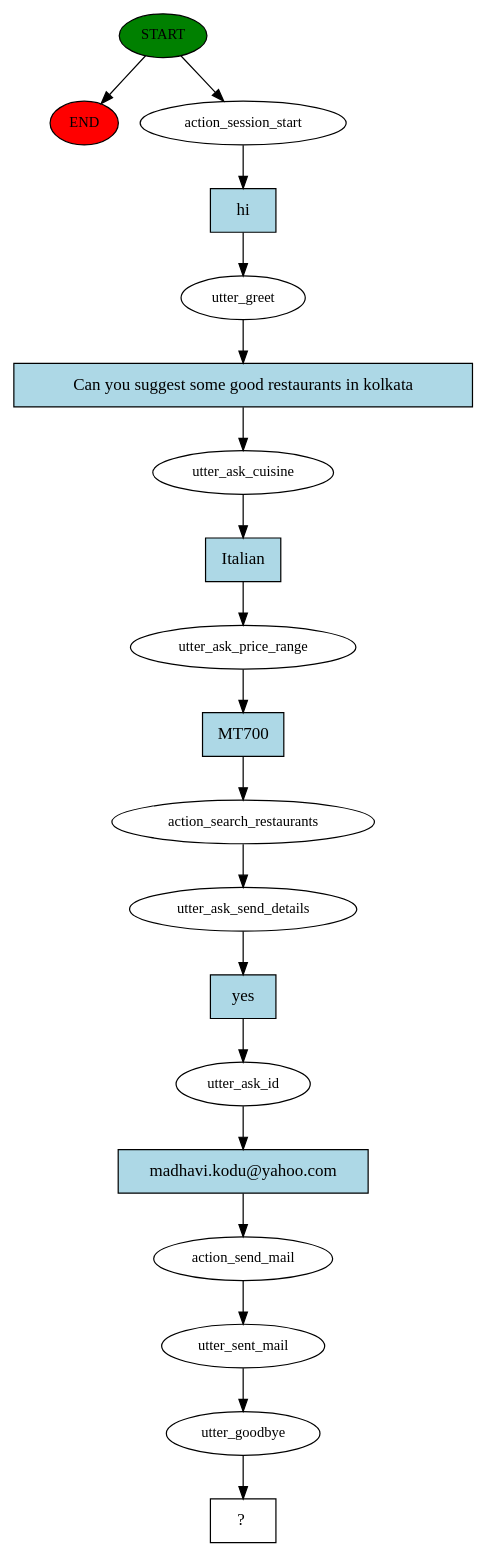
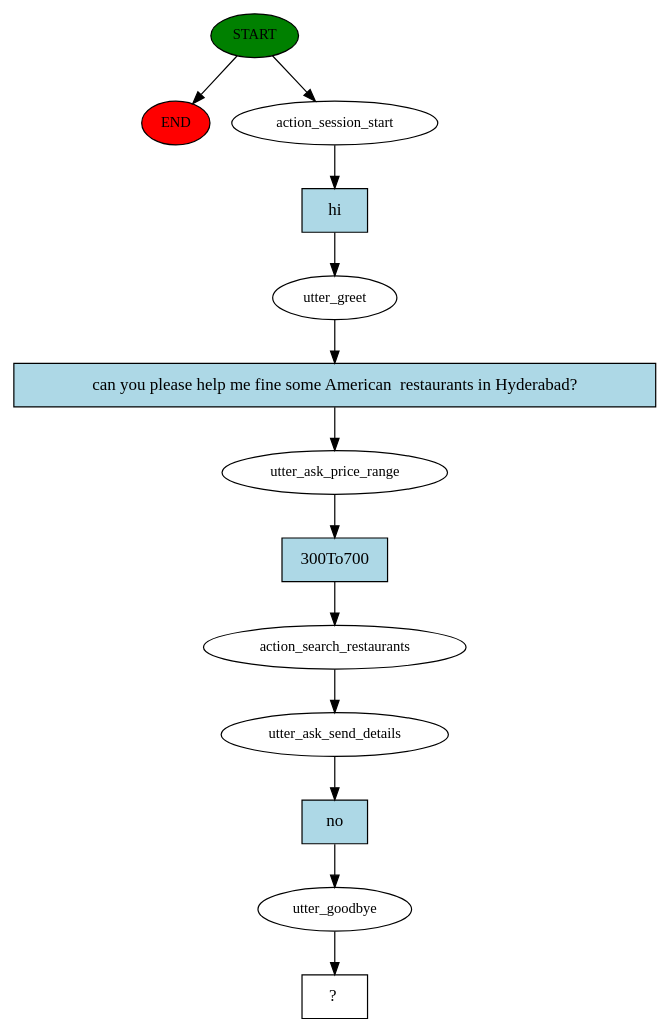
The diagram in Rasa_basic_folder/story_graph.dot (madhavikoduganti/Foodie), drawn with Graphviz before and after one commit. The commit also changed 5 other files, not shown here.

```diff
--- a/Rasa_basic_folder/story_graph.dot
+++ b/Rasa_basic_folder/story_graph.dot
@@ -1,39 +1,27 @@
 digraph  {
 0 [class="start active", fillcolor=green, fontsize=12, label=START, style=filled];
 "-1" [class=end, fillcolor=red, fontsize=12, label=END, style=filled];
 1 [class=active, fontsize=12, label=action_session_start];
 2 [class=active, fontsize=12, label=utter_greet];
-3 [class=active, fontsize=12, label=utter_ask_cuisine];
-4 [class=active, fontsize=12, label=utter_ask_price_range];
-5 [class=active, fontsize=12, label=action_search_restaurants];
-6 [class=active, fontsize=12, label=utter_ask_send_details];
-7 [class=active, fontsize=12, label=utter_ask_id];
-8 [class=active, fontsize=12, label=action_send_mail];
-9 [class=active, fontsize=12, label=utter_sent_mail];
-10 [class=active, fontsize=12, label=utter_goodbye];
-11 [class="intent dashed active", label="  ?  ", shape=rect];
-12 [class="intent active", fillcolor=lightblue, label=hi, shape=rect, style=filled];
-13 [class="intent active", fillcolor=lightblue, label="Can you suggest some good restaurants in kolkata", shape=rect, style=filled];
-14 [class="intent active", fillcolor=lightblue, label=Italian, shape=rect, style=filled];
-15 [class="intent active", fillcolor=lightblue, label=MT700, shape=rect, style=filled];
-16 [class="intent active", fillcolor=lightblue, label=yes, shape=rect, style=filled];
-17 [class="intent active", fillcolor=lightblue, label="madhavi.kodu@yahoo.com", shape=rect, style=filled];
+3 [class=active, fontsize=12, label=utter_ask_price_range];
+4 [class=active, fontsize=12, label=action_search_restaurants];
+5 [class=active, fontsize=12, label=utter_ask_send_details];
+6 [class=active, fontsize=12, label=utter_goodbye];
+7 [class="intent dashed active", label="  ?  ", shape=rect];
+8 [class="intent active", fillcolor=lightblue, label=hi, shape=rect, style=filled];
+9 [class="intent active", fillcolor=lightblue, label="can you please help me fine some American  restaurants in Hyderabad?", shape=rect, style=filled];
+10 [class="intent active", fillcolor=lightblue, label="300To700", shape=rect, style=filled];
+11 [class="intent active", fillcolor=lightblue, label=no, shape=rect, style=filled];
 0 -> "-1"  [class="", key=NONE, label=""];
 0 -> 1  [class=active, key=NONE, label=""];
-1 -> 12  [class=active, key=0];
-2 -> 13  [class=active, key=0];
-3 -> 14  [class=active, key=0];
-4 -> 15  [class=active, key=0];
-5 -> 6  [class=active, key=NONE, label=""];
-6 -> 16  [class=active, key=0];
-7 -> 17  [class=active, key=0];
-8 -> 9  [class=active, key=NONE, label=""];
-9 -> 10  [class=active, key=NONE, label=""];
-10 -> 11  [class=active, key=NONE, label=""];
-12 -> 2  [class=active, key=0];
-13 -> 3  [class=active, key=0];
-14 -> 4  [class=active, key=0];
-15 -> 5  [class=active, key=0];
-16 -> 7  [class=active, key=0];
-17 -> 8  [class=active, key=0];
+1 -> 8  [class=active, key=0];
+2 -> 9  [class=active, key=0];
+3 -> 10  [class=active, key=0];
+4 -> 5  [class=active, key=NONE, label=""];
+5 -> 11  [class=active, key=0];
+6 -> 7  [class=active, key=NONE, label=""];
+8 -> 2  [class=active, key=0];
+9 -> 3  [class=active, key=0];
+10 -> 4  [class=active, key=0];
+11 -> 6  [class=active, key=0];
 }
```
